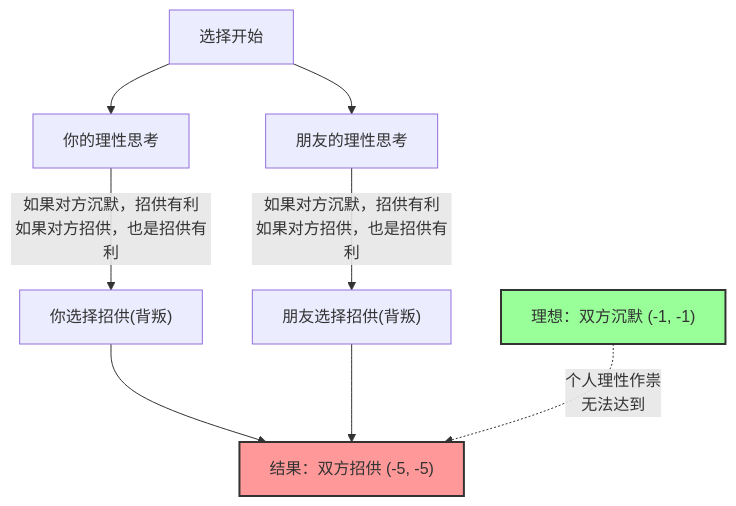
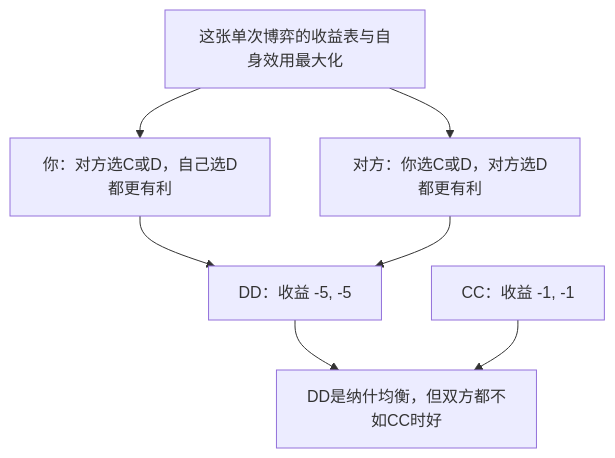
The first of 2 diagrams in content/post/囚人のジレンマ/index.zh-cn.md (kenjinote/blog), drawn with Mermaid before and after one commit. The commit also changed other lines of this file and 8 other files, not shown here.

````diff
--- a/content/post/囚人のジレンマ/index.zh-cn.md
+++ b/content/post/囚人のジレンマ/index.zh-cn.md
@@ -72,16 +87,9 @@
 ```mermaid
 graph TD
-    Start["选择开始"] --> Logic_You["你的理性思考"]
-    Start --> Logic_Friend["朋友的理性思考"]
-    
-    Logic_You -->|"如果对方沉默，招供有利<br>如果对方招供，也是招供有利"| Betray_You["你选择招供(背叛)"]
-    Logic_Friend -->|"如果对方沉默，招供有利<br>如果对方招供，也是招供有利"| Betray_Friend["朋友选择招供(背叛)"]
-    
-    Betray_You --> Result["结果：双方招供 (-5, -5)"]
-    Betray_Friend --> Result
-    
-    Ideal["理想：双方沉默 (-1, -1)"] -.->|"个人理性作祟<br>无法达到"| Result
-    
-    style Result fill:#ff9999,stroke:#333,stroke-width:2px
-    style Ideal fill:#99ff99,stroke:#333,stroke-width:2px
+    Model["这张单次博弈的收益表与自身效用最大化"] --> You["你：对方选C或D，自己选D都更有利"]
+    Model --> Other["对方：你选C或D，对方选D都更有利"]
+    You --> DD["DD：收益 -5, -5"]
+    Other --> DD
+    DD --> Compare["DD是纳什均衡，但双方都不如CC时好"]
+    CC["CC：收益 -1, -1"] --> Compare
 ```
````
